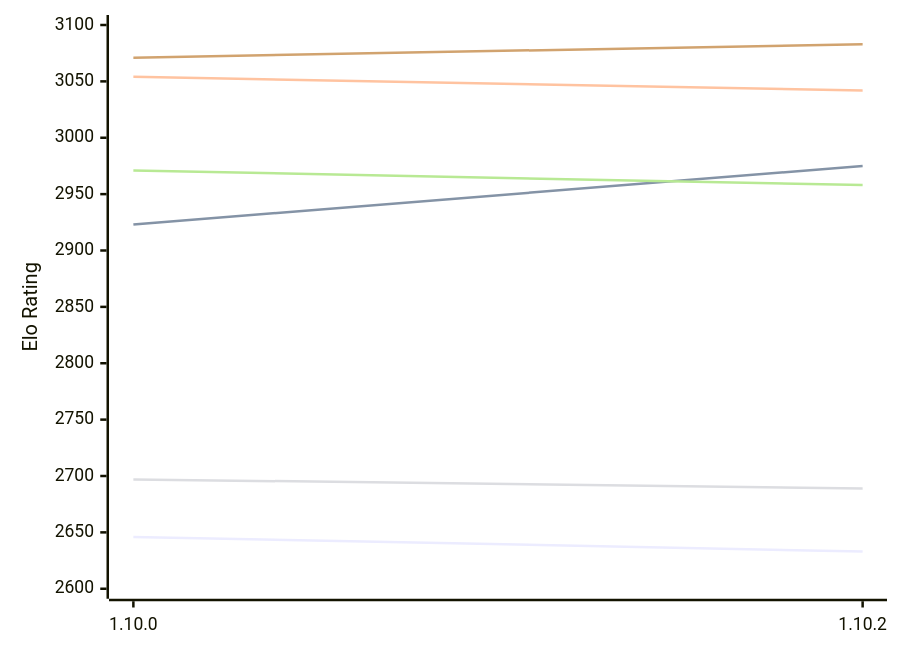
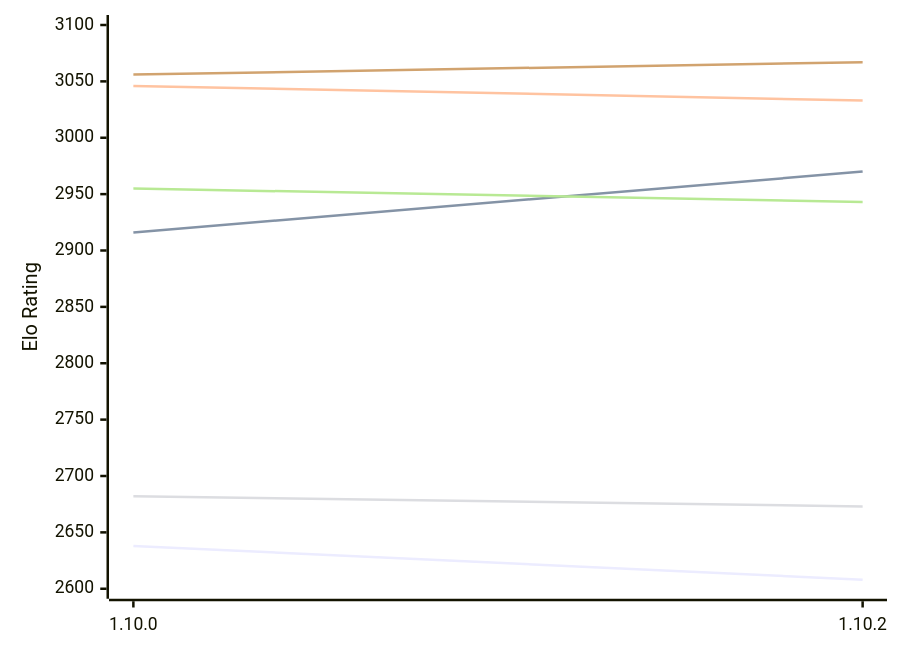
The first of 2 diagrams in engines/Basilisk.md (computer-chess-index/cci), drawn with Mermaid before and after one commit. The commit also changed other lines of this file, not shown here.

Commit message:
Update CCI Ratings (ELO VLTC) - 2026-11-02

````diff
--- a/engines/Basilisk.md
+++ b/engines/Basilisk.md
@@ -61,12 +61,12 @@
 ```mermaid
 %%{init: {"theme":"base","themeVariables":{"seriesColors:['#a3a3a3','#222221','#faa371']}}}%%
 xychart-beta
   x-axis ["1.10.0", "1.10.2"]
   y-axis "Elo Rating" 2600 --> 3100
-  line "E1: STC (8.0+0.08s)" [2646, 2633]
-  line "E1: LTC (60.0+0.60s)" [2923, 2975]
-  line "E1: VLTC (2m24s+1.12s)" [3054, 3042]
-  line "P1: STC (8.0+0.08s)" [2697, 2689]
-  line "P1: LTC (60.0+0.60s)" [2971, 2958]
-  line "P1: VLTC (2m24s+1.12s)" [3071, 3083]
+  line "E1: STC (8.0+0.08s)" [2638, 2608]
+  line "E1: LTC (60.0+0.60s)" [2916, 2970]
+  line "E1: VLTC (2m24s+1.12s)" [3046, 3033]
+  line "P1: STC (8.0+0.08s)" [2682, 2673]
+  line "P1: LTC (60.0+0.60s)" [2955, 2943]
+  line "P1: VLTC (2m24s+1.12s)" [3056, 3067]
 ```
````
